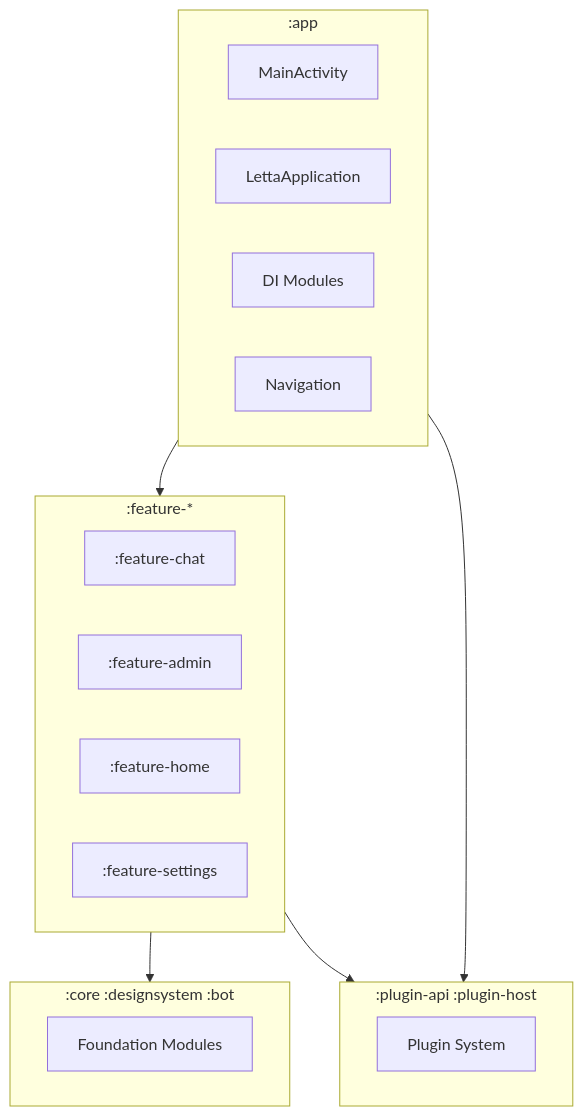
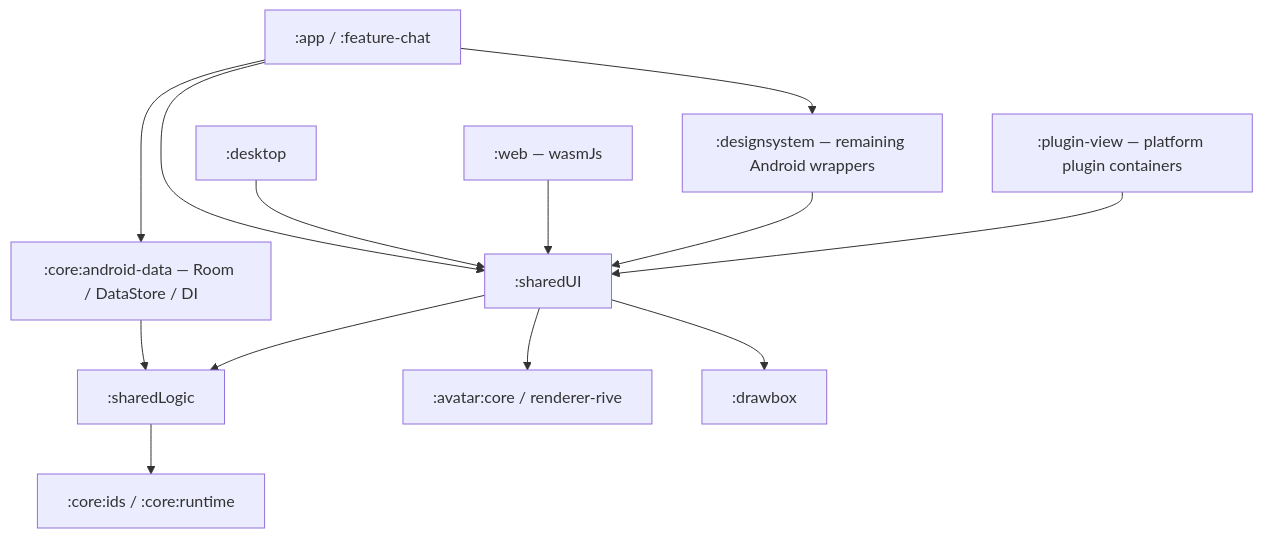
The first of 3 diagrams in docs/architecture/diagrams.md (oculairmedia/letta-mobile), drawn with Mermaid before and after one commit. The commit also changed other lines of this file and 131 other files, not shown here.

````diff
--- a/docs/architecture/diagrams.md
+++ b/docs/architecture/diagrams.md
@@ -7,29 +7,15 @@
 ```mermaid
 flowchart TB
-    subgraph App[":app"]
-        A1["MainActivity"]
-        A2["LettaApplication"]
-        A3["DI Modules"]
-        A4["Navigation"]
-    end
-
-    subgraph Features[":feature-*"]
-        F1[":feature-chat"]
-        F2[":feature-admin"]
-        F3[":feature-home"]
-        F4[":feature-settings"]
-    end
-
-    subgraph Foundation[":core :designsystem :bot"]
-        FND["Foundation Modules"]
-    end
-
-    subgraph Plugins[":plugin-api :plugin-host"]
-        PLG["Plugin System"]
-    end
-
-    App --> Features
-    Features --> Foundation
-    Features --> Plugins
-    App --> Plugins
+    Android[":app / :feature-chat"] --> UI[":sharedUI"]
+    Desktop[":desktop"] --> UI
+    Browser[":web — wasmJs"] --> UI
+    Android --> Data[":core:android-data — Room / DataStore / DI"]
+    Data --> Logic[":sharedLogic"]
+    UI --> Logic
+    UI --> Avatar[":avatar:core / renderer-rive"]
+    UI --> Draw[":drawbox"]
+    Logic --> Contracts[":core:ids / :core:runtime"]
+    Android --> Design[":designsystem — remaining Android wrappers"]
+    Design --> UI
+    PluginView[":plugin-view — platform plugin containers"] --> UI
 ```
````
